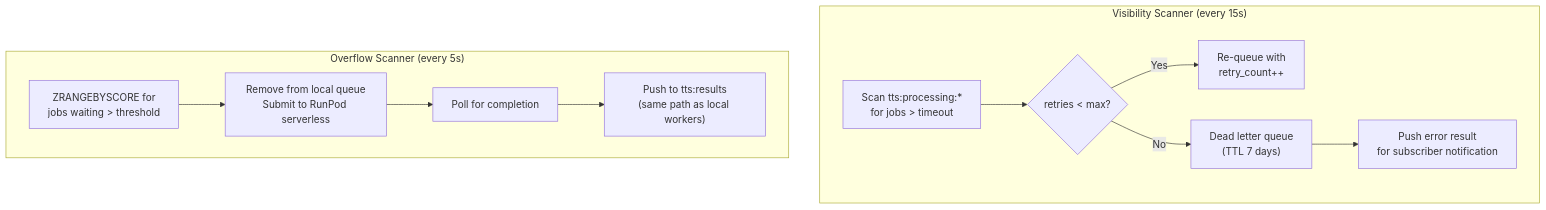
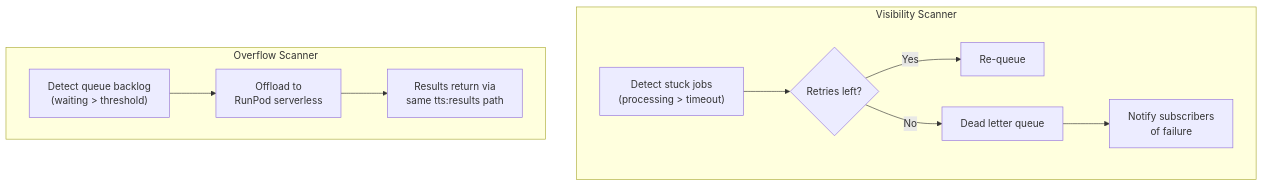
One commit to yapit-tts/yapit changed the seventh of 7 diagrams in docs/architecture.md. Above: the diagram before and after it, drawn with Mermaid. The commit also changed other lines of this file and 2 other files, not shown here.

First line of the commit message:
docs: rewrite architecture.md — trim implementation detail, update diagrams

````diff
--- a/docs/architecture.md
+++ b/docs/architecture.md
@@ -398,17 +274,16 @@
 ```mermaid
 flowchart TD
-    subgraph vis ["Visibility Scanner (every 15s)"]
-        VS["Scan tts:processing:*<br/>for jobs > timeout"]
-        VS --> RETRY{"retries < max?"}
-        RETRY -->|Yes| REQUEUE["Re-queue with<br/>retry_count++"]
-        RETRY -->|No| DLQ["Dead letter queue<br/>(TTL 7 days)"]
-        DLQ --> ERRSUB["Push error result<br/>for subscriber notification"]
+    subgraph vis ["Visibility Scanner"]
+        VS["Detect stuck jobs<br/>(processing > timeout)"]
+        VS --> RETRY{"Retries left?"}
+        RETRY -->|Yes| REQUEUE["Re-queue"]
+        RETRY -->|No| DLQ["Dead letter queue"]
+        DLQ --> ERRSUB["Notify subscribers<br/>of failure"]
     end
 
-    subgraph overflow ["Overflow Scanner (every 5s)"]
-        OS["ZRANGEBYSCORE for<br/>jobs waiting > threshold"]
-        OS --> RP["Remove from local queue<br/>Submit to RunPod serverless"]
-        RP --> POLL["Poll for completion"]
-        POLL --> RESULT["Push to tts:results<br/>(same path as local workers)"]
+    subgraph overflow ["Overflow Scanner"]
+        OS["Detect queue backlog<br/>(waiting > threshold)"]
+        OS --> RP["Offload to<br/>RunPod serverless"]
+        RP --> RESULT["Results return via<br/>same tts:results path"]
     end
 ```
````
